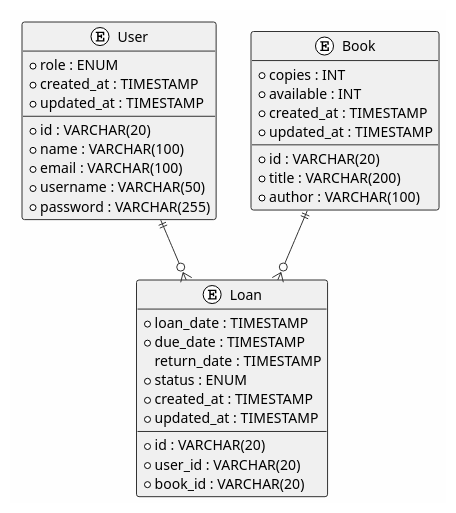
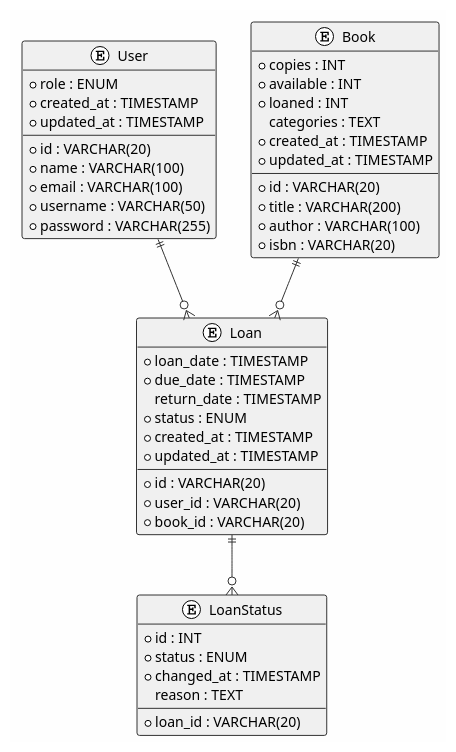
One commit to Juank-1030/DOSW-Library changed the diagram in output/DOSW_Library_ER_3FN.puml. Above: the diagram before and after it, drawn with PlantUML. The commit also changed 2 other files, not shown here.

Commit message:
docs: Expandir diagramas con atributos y relaciones embebidas/referenciadas

```diff
--- a/output/DOSW_Library_ER_3FN.puml
+++ b/output/DOSW_Library_ER_3FN.puml
@@ -1,45 +1,57 @@
 @startuml DOSW_Library_ER_3FN
 !theme plain
 skinparam backgroundColor #FEFEFE
 skinparam classBackgroundColor #F0F0F0
 skinparam classBorderColor #333333
 skinparam arrowColor #333333
 skinparam shadowing false
 
 entity User {
     *id : VARCHAR(20)
     *name : VARCHAR(100)
     *email : VARCHAR(100)
     *username : VARCHAR(50)
     *password : VARCHAR(255)
     *role : ENUM
     *created_at : TIMESTAMP
     *updated_at : TIMESTAMP
 }
 
 entity Book {
     *id : VARCHAR(20)
     *title : VARCHAR(200)
     *author : VARCHAR(100)
+    *isbn : VARCHAR(20)
     *copies : INT
     *available : INT
+    *loaned : INT
+    categories : TEXT
     *created_at : TIMESTAMP
     *updated_at : TIMESTAMP
 }
 
 entity Loan {
     *id : VARCHAR(20)
     *user_id : VARCHAR(20)
     *book_id : VARCHAR(20)
     *loan_date : TIMESTAMP
     *due_date : TIMESTAMP
     return_date : TIMESTAMP
     *status : ENUM
     *created_at : TIMESTAMP
     *updated_at : TIMESTAMP
 }
 
+entity LoanStatus {
+    *id : INT
+    *loan_id : VARCHAR(20)
+    *status : ENUM
+    *changed_at : TIMESTAMP
+    reason : TEXT
+}
+
 User ||--o{ Loan
 Book ||--o{ Loan
+Loan ||--o{ LoanStatus
 
 @enduml
```
